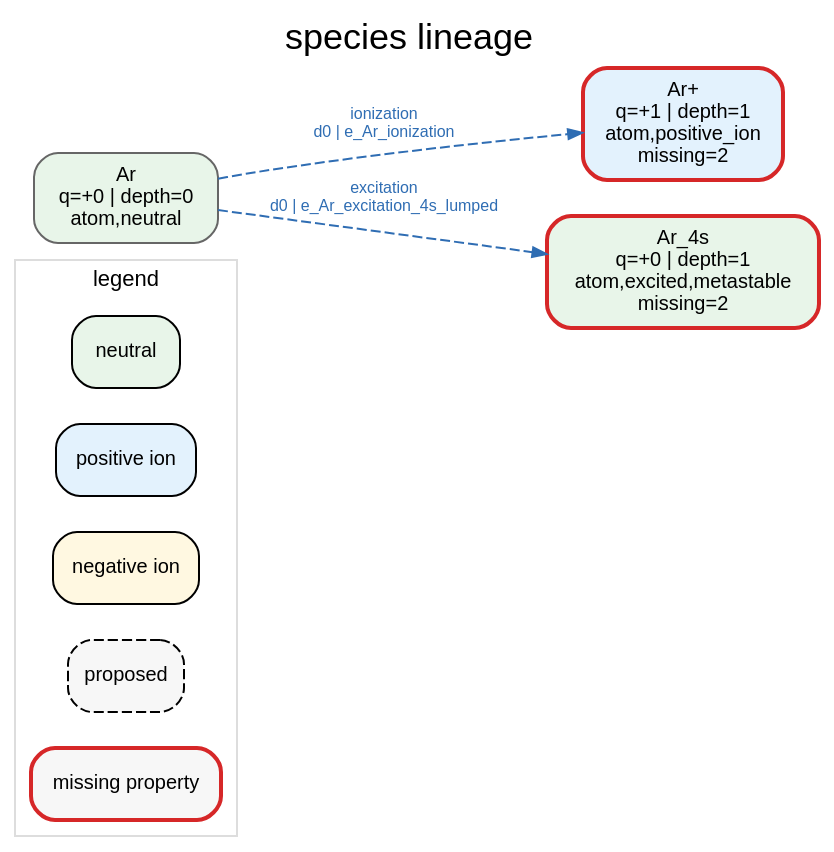
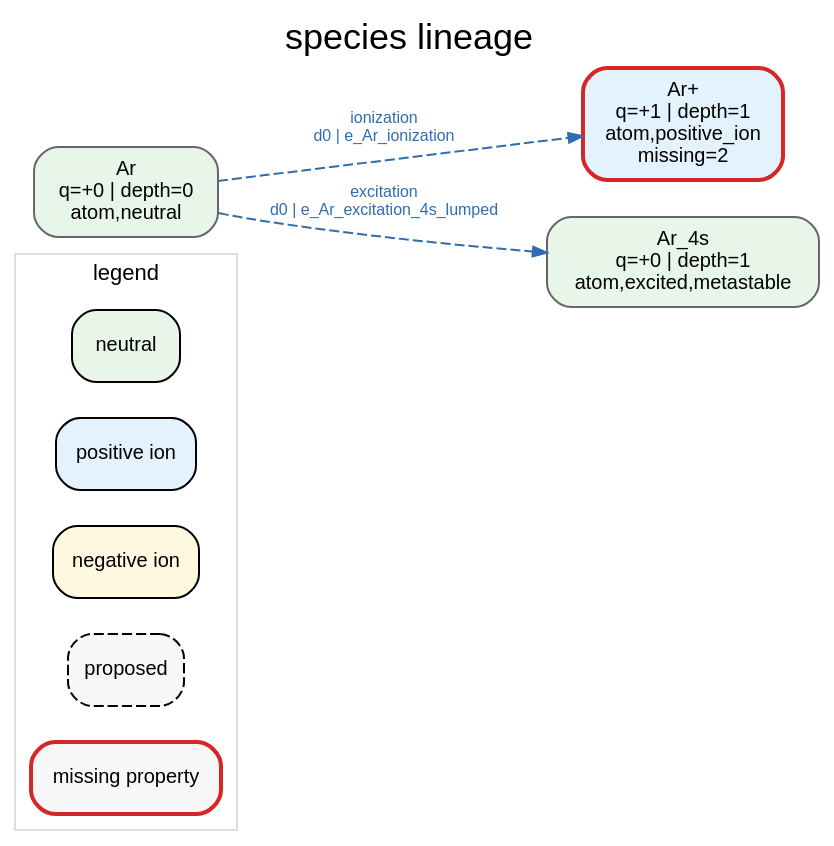
One commit to dkawa2523/react_gen changed the diagram in cases/ar/candidates/species_lineage.dot. Above: the diagram before and after it, drawn with Graphviz. The commit also changed 778 other files, not shown here.

```diff
--- a/cases/ar/candidates/species_lineage.dot
+++ b/cases/ar/candidates/species_lineage.dot
@@ -1,18 +1,18 @@
 digraph reactions {
   graph [rankdir=LR, splines=true, overlap=false, label="species lineage", labelloc=t, fontsize=18, fontname="Helvetica", bgcolor="transparent"];
   node [shape=box, style="rounded,filled", fontname="Helvetica", fontsize=10, margin=0.08];
   edge [fontname="Helvetica", fontsize=8, arrowsize=0.7];
   subgraph cluster_legend {
     label="legend"; fontsize=11; color="#DDDDDD";
     l_n [label="neutral", fillcolor="#E8F5E9"];
     l_p [label="positive ion", fillcolor="#E3F2FD"];
     l_m [label="negative ion", fillcolor="#FFF8E1"];
     l_c [label="proposed", fillcolor="#F7F7F7", style="rounded,filled,dashed"];
     l_x [label="missing property", fillcolor="#F7F7F7", color="#D62728", penwidth=2.0];
   }
   "Ar" [label="Ar\nq=+0 | depth=0\natom,neutral", fillcolor="#E8F5E9", style="rounded,filled", color="#666666", penwidth=1.0, tooltip="Ar"];
   "Ar+" [label="Ar+\nq=+1 | depth=1\natom,positive_ion\nmissing=2", fillcolor="#E3F2FD", style="rounded,filled", color="#D62728", penwidth=2.0, tooltip="Ar+ | missing=electron_affinity_eV,polarizability_A3"];
-  "Ar_4s" [label="Ar_4s\nq=+0 | depth=1\natom,excited,metastable\nmissing=2", fillcolor="#E8F5E9", style="rounded,filled", color="#D62728", penwidth=2.0, tooltip="Ar_4s | missing=collision_radius_A,polarizability_A3"];
+  "Ar_4s" [label="Ar_4s\nq=+0 | depth=1\natom,excited,metastable", fillcolor="#E8F5E9", style="rounded,filled", color="#666666", penwidth=1.0, tooltip="Ar_4s"];
   "Ar" -> "Ar_4s" [label="excitation\nd0 | e_Ar_excitation_4s_lumped", color="#2F6DB3", fontcolor="#2F6DB3", style="dashed", tooltip="e + Ar -> e + Ar_4s"];
   "Ar" -> "Ar+" [label="ionization\nd0 | e_Ar_ionization", color="#2F6DB3", fontcolor="#2F6DB3", style="dashed", tooltip="e + Ar -> 2 e + Ar+"];
 }
```
